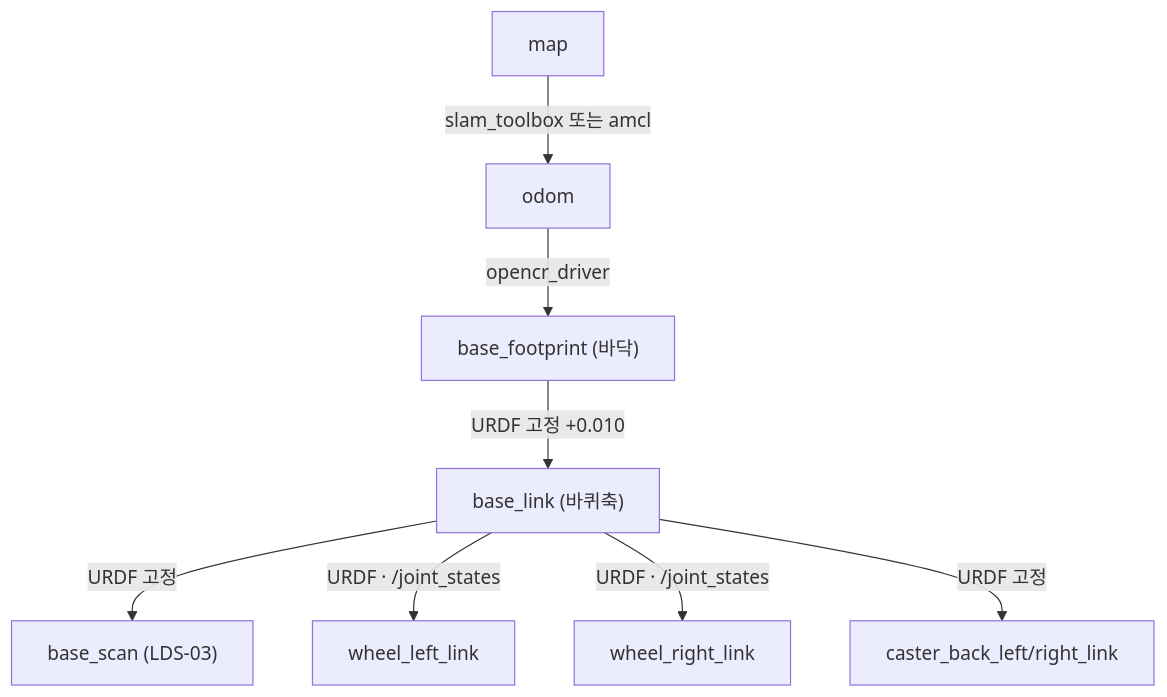
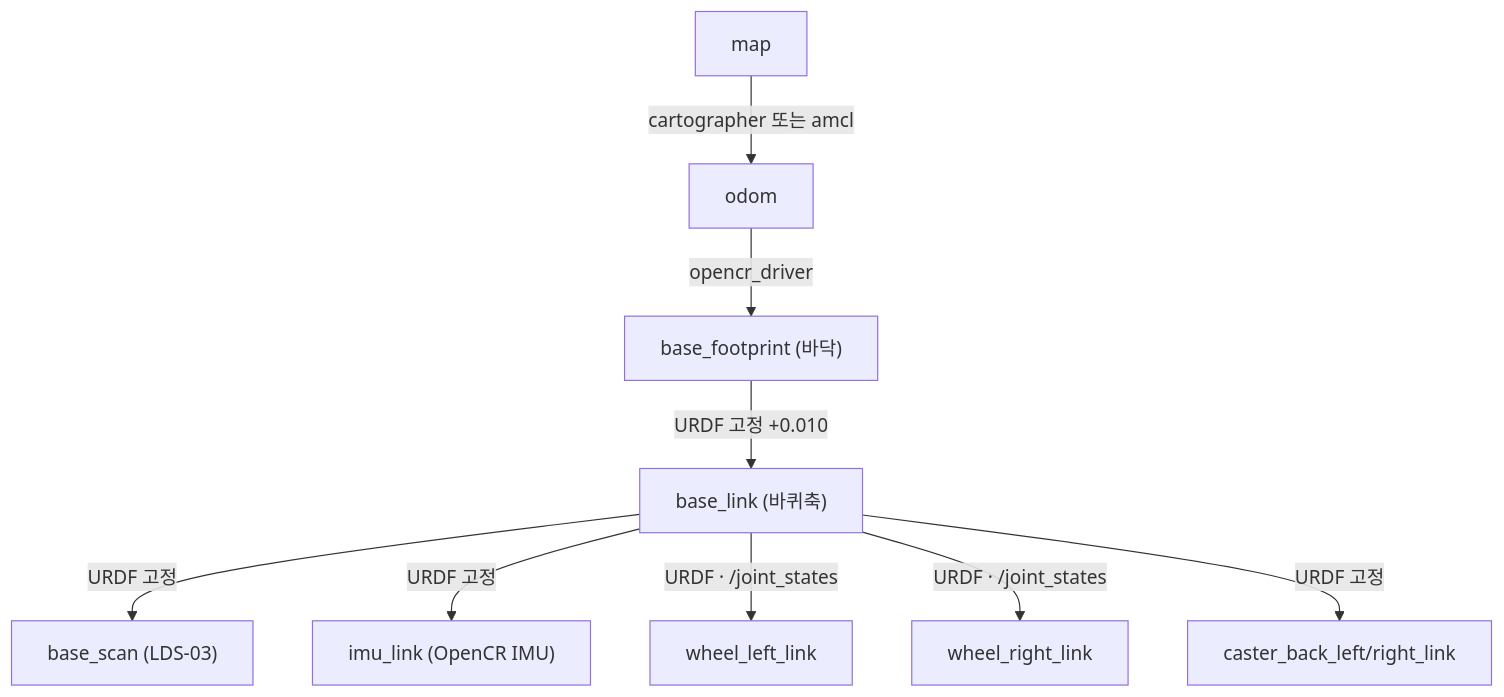
The third of 3 diagrams in ros2_ws/ARCH.md (visualkhh/ros2), drawn with Mermaid before and after one commit. The commit also changed other lines of this file and 14 other files, not shown here.

````diff
--- a/ros2_ws/ARCH.md
+++ b/ros2_ws/ARCH.md
@@ -116,10 +117,11 @@
 ```mermaid
 flowchart TD
-  MAP["map"] -->|"slam_toolbox 또는 amcl"| ODOM["odom"]
+  MAP["map"] -->|"cartographer 또는 amcl"| ODOM["odom"]
   ODOM -->|"opencr_driver"| FP["base_footprint (바닥)"]
   FP -->|"URDF 고정 +0.010"| BL["base_link (바퀴축)"]
   BL -->|"URDF 고정"| SCAN["base_scan (LDS-03)"]
+  BL -->|"URDF 고정"| IMU["imu_link (OpenCR IMU)"]
   BL -->|"URDF · /joint_states"| WL["wheel_left_link"]
   BL -->|"URDF · /joint_states"| WR["wheel_right_link"]
   BL -->|"URDF 고정"| CA["caster_back_left/right_link"]
 ```
````
